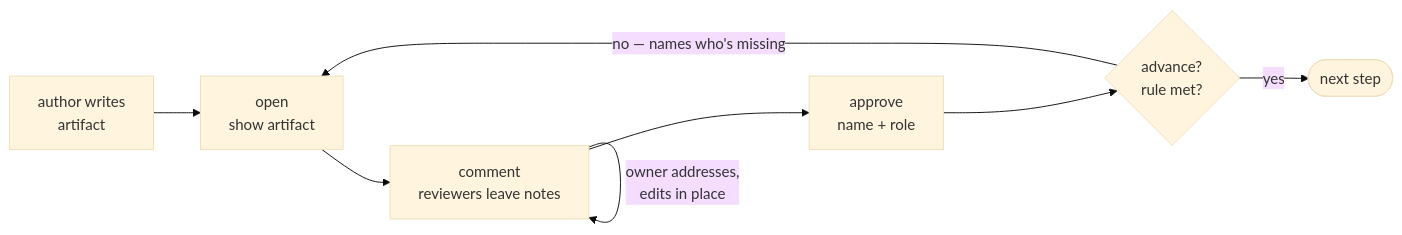
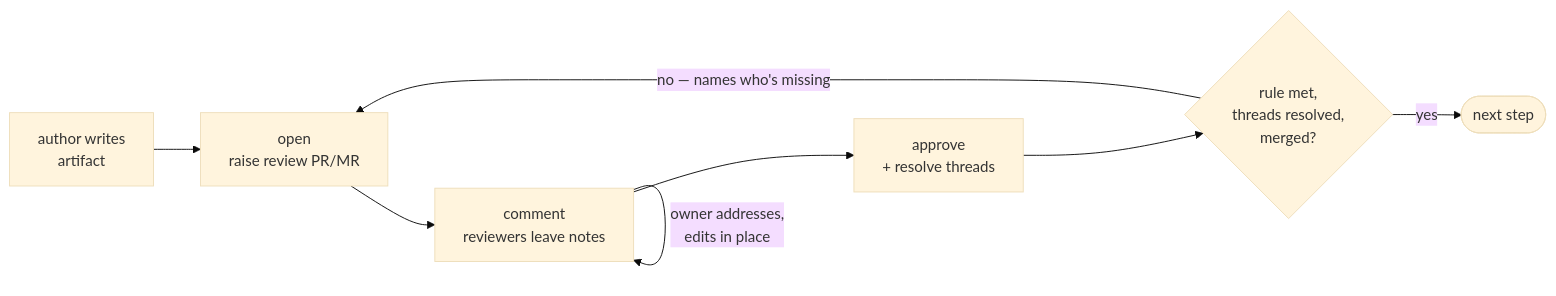
The second of 2 diagrams in README.md (abdelrahmannasr/sdlc-workflow), drawn with Mermaid (base theme) before and after one commit. The commit also changed other lines of this file and 6 other files, not shown here.

````diff
--- a/README.md
+++ b/README.md
@@ -384,10 +395,10 @@
 ```mermaid
 flowchart LR
-    a["author writes<br/>artifact"] --> o["open<br/>show artifact"]
+    a["author writes<br/>artifact"] --> o["open<br/>raise review PR/MR"]
     o --> c["comment<br/>reviewers leave notes"]
     c -->|owner addresses,<br/>edits in place| c
-    c --> ap["approve<br/>name + role"]
-    ap --> adv{"advance?<br/>rule met?"}
+    c --> ap["approve<br/>+ resolve threads"]
+    ap --> adv{"rule met,<br/>threads resolved,<br/>merged?"}
     adv -->|no — names who's missing| o
     adv -->|yes| nxt(["next step"])
 ```
````
